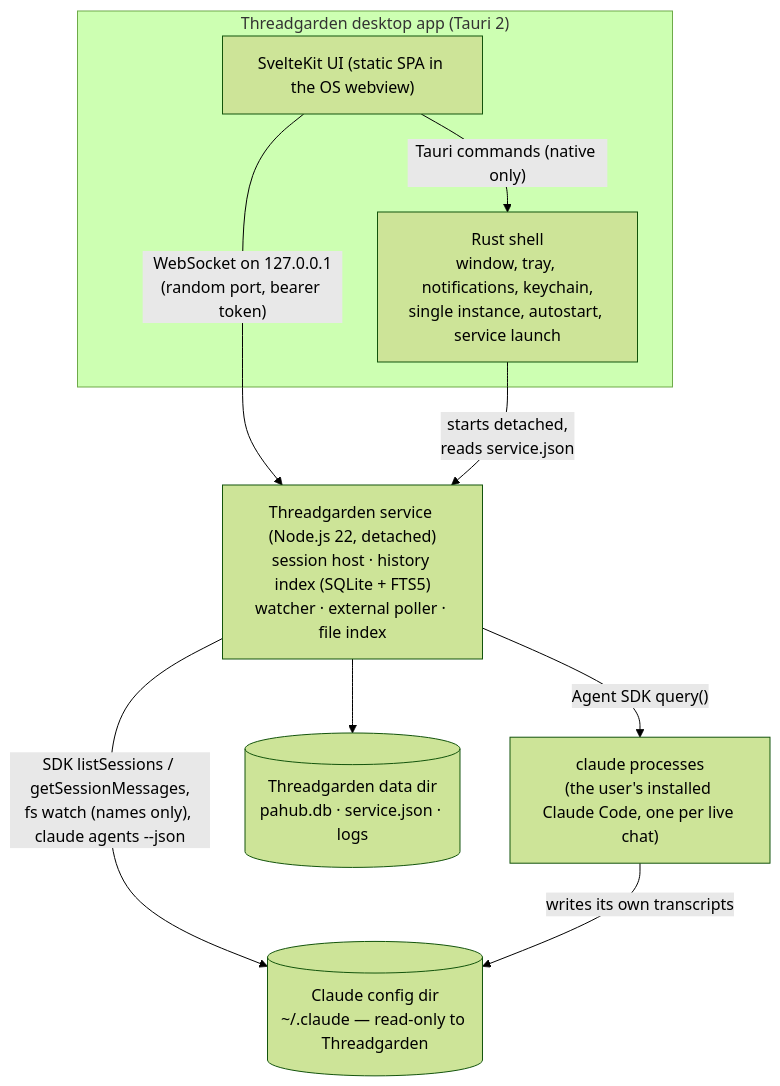
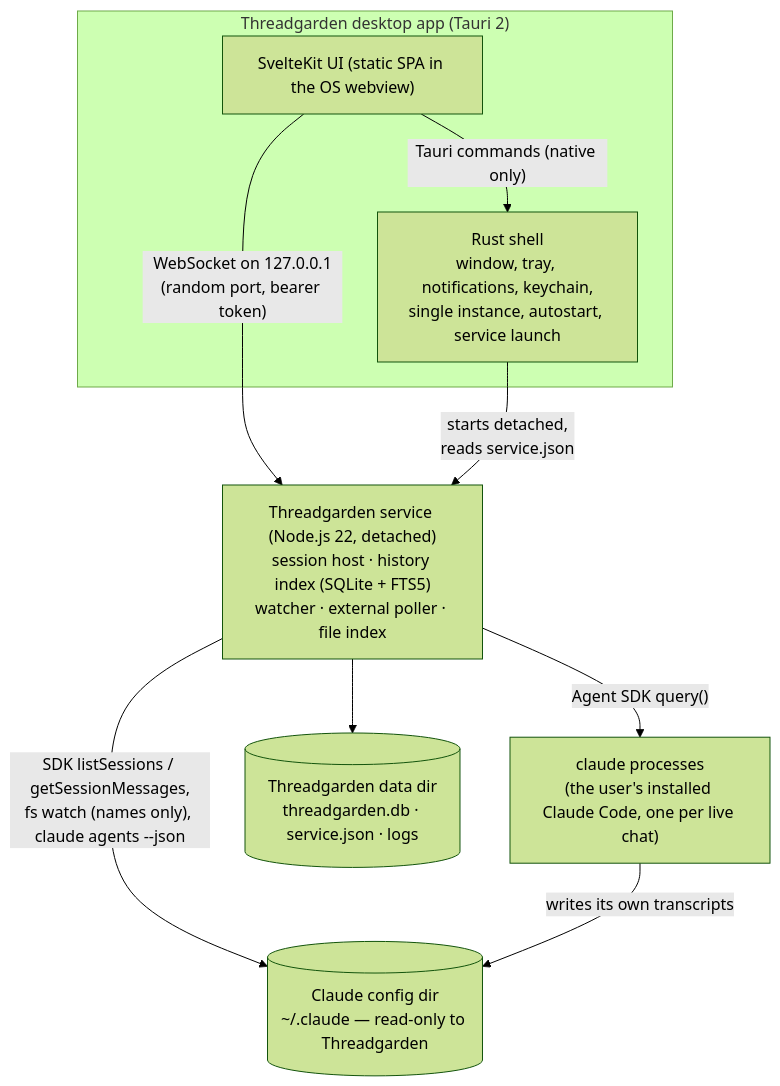
One commit to JiriPlasek/ThreadGarden changed the diagram in docs/architecture.md. Above: the diagram before and after it, drawn with Mermaid (forest theme). The commit also changed other lines of this file and 4 other files, not shown here.

First line of the commit message:
docs: the threadgarden names, and upgrading from pahub

````diff
--- a/docs/architecture.md
+++ b/docs/architecture.md
@@ -13,19 +13,19 @@
 ```mermaid
 flowchart TB
   subgraph app["Threadgarden desktop app (Tauri 2)"]
     shell["Rust shell<br/>window, tray, notifications, keychain,<br/>single instance, autostart, service launch"]
     ui["SvelteKit UI (static SPA in the OS webview)"]
   end
   service["Threadgarden service (Node.js 22, detached)<br/>session host · history index (SQLite + FTS5)<br/>watcher · external poller · file index"]
   claude["claude processes<br/>(the user's installed Claude Code, one per live chat)"]
   config[("Claude config dir<br/>~/.claude — read-only to Threadgarden")]
-  data[("Threadgarden data dir<br/>pahub.db · service.json · logs")]
+  data[("Threadgarden data dir<br/>threadgarden.db · service.json · logs")]
 
   ui -- "WebSocket on 127.0.0.1<br/>(random port, bearer token)" --> service
   shell -- "starts detached,<br/>reads service.json" --> service
   ui -- "Tauri commands (native only)" --> shell
   service -- "Agent SDK query()" --> claude
   service -- "SDK listSessions / getSessionMessages,<br/>fs watch (names only), claude agents --json" --> config
   claude -- "writes its own transcripts" --> config
   service --> data
 ```
````
